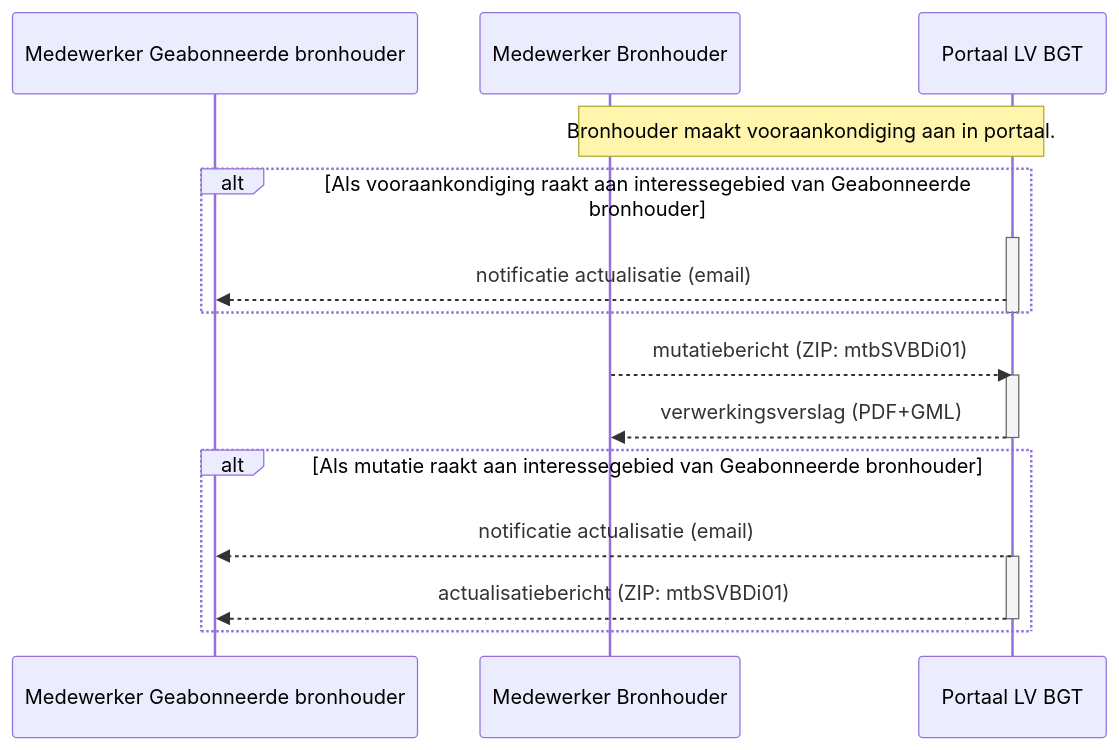
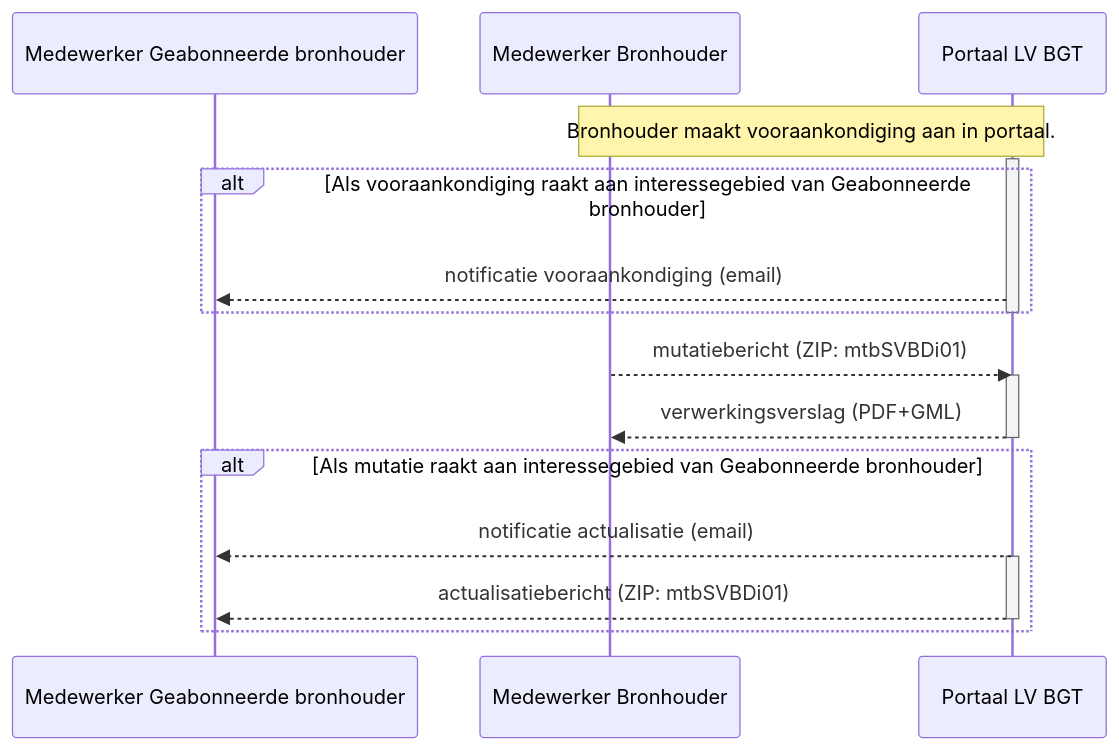
The first of 2 diagrams in werkafspraken/bgt-berichtenverkeer/2-werkafspraak.md (Geonovum/IMGeo), drawn with Mermaid before and after one commit. The commit also changed other lines of this file, not shown here.

```diff
--- a/werkafspraken/bgt-berichtenverkeer/2-werkafspraak.md
+++ b/werkafspraken/bgt-berichtenverkeer/2-werkafspraak.md
@@ -67,22 +67,22 @@
 <div class="mermaid">
 sequenceDiagram          
     participant Medewerker Geabonneerde  bronhouder    
     participant Medewerker Bronhouder  
-    participant Portaal LV BGT   
+    participant Portaal LV BGT    
     Note over Medewerker Bronhouder, Portaal LV BGT: Bronhouder maakt vooraankondiging aan in portaal.
-    alt Als vooraankondiging raakt aan interessegebied van Geabonneerde bronhouder
-    activate Portaal LV BGT    
-    Portaal LV BGT-->>Medewerker Geabonneerde  bronhouder: notificatie actualisatie (email)
+    activate Portaal LV BGT
+    alt Als vooraankondiging raakt aan interessegebied van Geabonneerde bronhouder    
+    Portaal LV BGT-->>Medewerker Geabonneerde  bronhouder: notificatie vooraankondiging (email)
     end
     deactivate Portaal LV BGT
     Medewerker Bronhouder-->>Portaal LV BGT: mutatiebericht (ZIP: mtbSVBDi01)   
     activate Portaal LV BGT
     Portaal LV BGT-->>Medewerker Bronhouder: verwerkingsverslag (PDF+GML)
     deactivate Portaal LV BGT
     alt Als mutatie raakt aan interessegebied van Geabonneerde bronhouder
     Portaal LV BGT-->>Medewerker Geabonneerde  bronhouder: notificatie actualisatie (email)
     activate Portaal LV BGT
     Portaal LV BGT-->>Medewerker Geabonneerde  bronhouder: actualisatiebericht (ZIP: mtbSVBDi01)
     deactivate Portaal LV BGT
     end
 </div>
```
